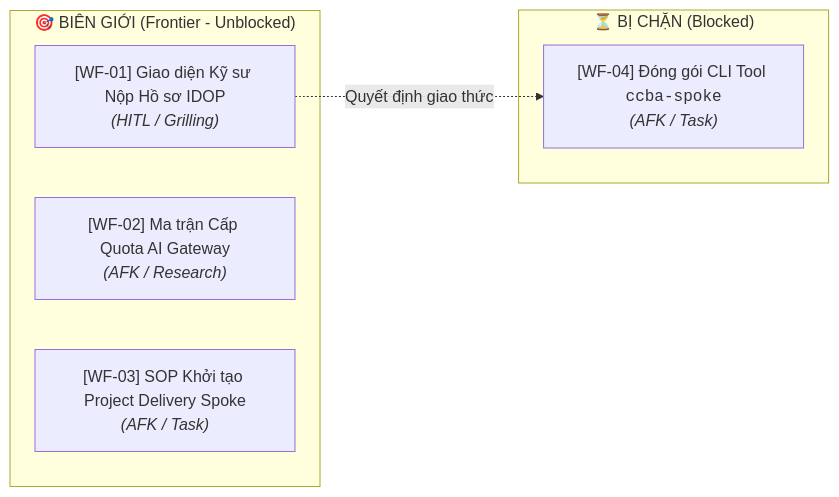
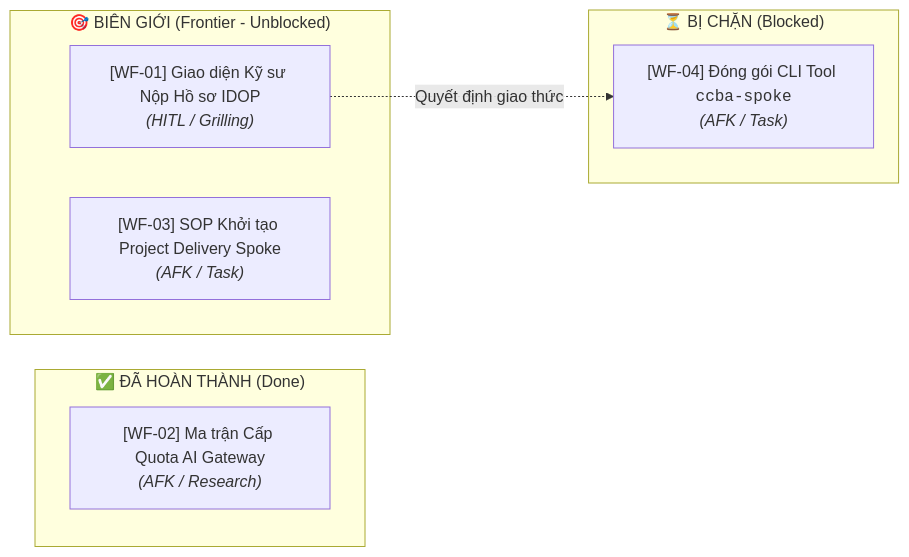
The second of 2 diagrams in .md/wayfinder/idop_spoke_ecosystem_map.md (vvChu/ccba-agent-platform), drawn with Mermaid before and after one commit. The commit also changed other lines of this file and 2 other files, not shown here.

Commit message:
docs(research): complete Ticket WF-02 on AI Gateway quota matrix and routing architecture

````diff
--- a/.md/wayfinder/idop_spoke_ecosystem_map.md
+++ b/.md/wayfinder/idop_spoke_ecosystem_map.md
@@ -94,14 +98,17 @@
 ```mermaid
 graph LR
+    subgraph Done ["✅ ĐÃ HOÀN THÀNH (Done)"]
+        T02["[WF-02] Ma trận Cấp Quota AI Gateway<br/><i>(AFK / Research)</i>"]
+    end
+
     subgraph Frontier ["🎯 BIÊN GIỚI (Frontier - Unblocked)"]
         T01["[WF-01] Giao diện Kỹ sư Nộp Hồ sơ IDOP<br/><i>(HITL / Grilling)</i>"]
-        T02["[WF-02] Ma trận Cấp Quota AI Gateway<br/><i>(AFK / Research)</i>"]
         T03["[WF-03] SOP Khởi tạo Project Delivery Spoke<br/><i>(AFK / Task)</i>"]
     end
     
     subgraph Blocked ["⏳ BỊ CHẶN (Blocked)"]
         T04["[WF-04] Đóng gói CLI Tool <code>ccba-spoke</code><br/><i>(AFK / Task)</i>"]
     end
 
     T01 -.->|"Quyết định giao thức"| T04
 ```
````
